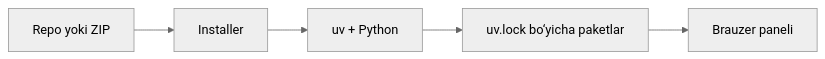
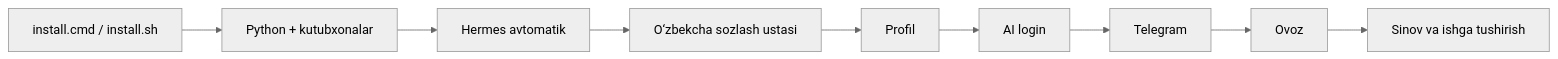
Before and after one commit to xamidjonovk/yordamchi: the first of 4 diagrams in README.md, drawn with Mermaid (neutral theme). The commit also changed other lines of this file and 41 other files, not shown here.

Commit message:
Add automatic Hermes installer and Uzbek account setup wizard

````diff
--- a/README.md
+++ b/README.md
@@ -63,4 +36,5 @@
 ```mermaid
 flowchart LR
-    A["Repo yoki ZIP"] --> B["Installer"] --> C["uv + Python"] --> D["uv.lock bo‘yicha paketlar"] --> E["Brauzer paneli"]
+    A["install.cmd / install.sh"] --> B["Python + kutubxonalar"] --> C["Hermes avtomatik"] --> D["O‘zbekcha sozlash ustasi"]
+    D --> E["Profil"] --> F["AI login"] --> G["Telegram"] --> H["Ovoz"] --> I["Sinov va ishga tushirish"]
 ```
````
